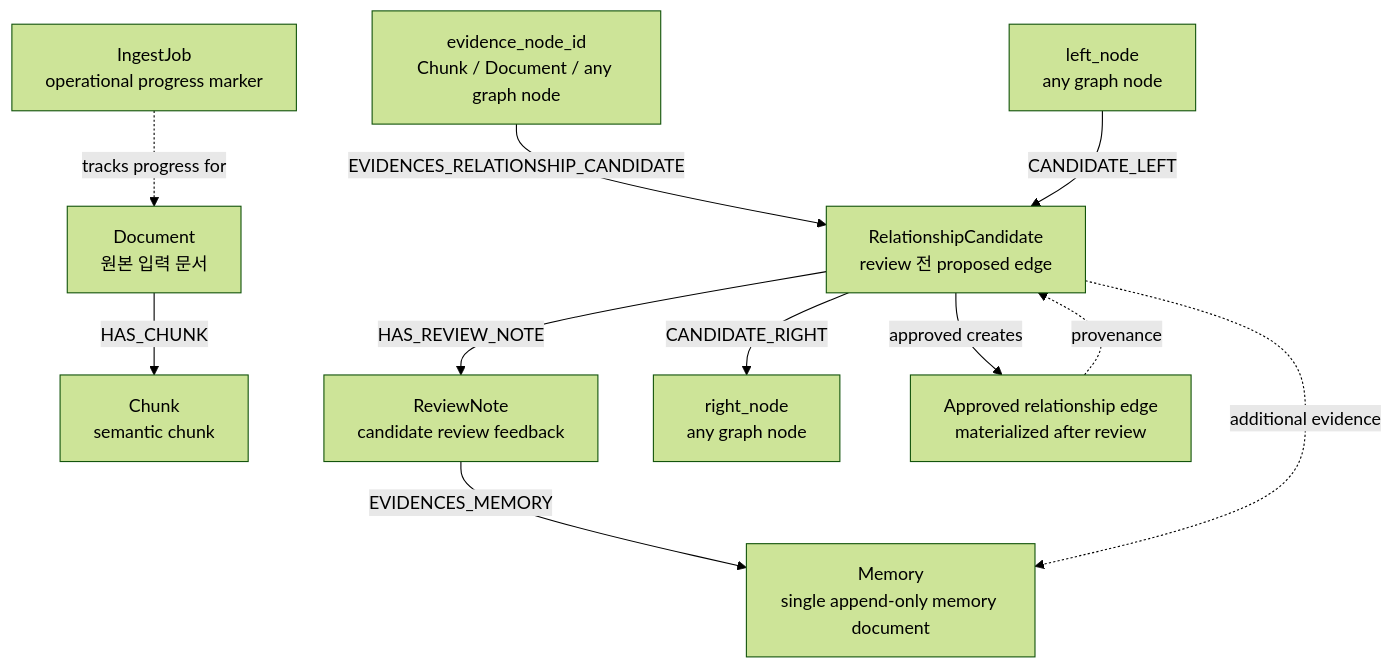
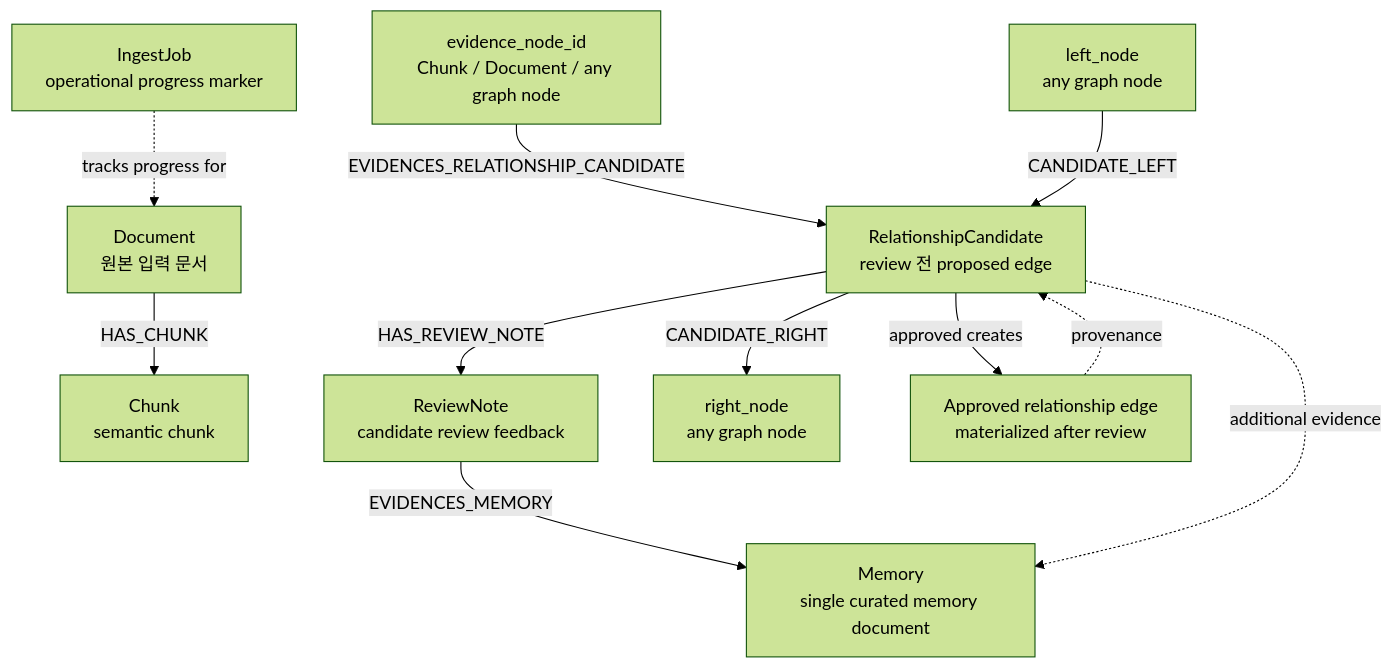
One commit to vosnuev/elderly-legal-rag changed the diagram in rag/be/src/query/schema/README.md. Above: the diagram before and after it, drawn with Mermaid (forest theme). The commit also changed other lines of this file and 76 other files, not shown here.

````diff
--- a/rag/be/src/query/schema/README.md
+++ b/rag/be/src/query/schema/README.md
@@ -44,24 +44,24 @@
 ```mermaid
 flowchart TD
     Document["Document<br/>원본 입력 문서"]
     Chunk["Chunk<br/>semantic chunk"]
     Candidate["RelationshipCandidate<br/>review 전 proposed edge"]
     ReviewNote["ReviewNote<br/>candidate review feedback"]
-    Memory["Memory<br/>single append-only memory document"]
+    Memory["Memory<br/>single curated memory document"]
     IngestJob["IngestJob<br/>operational progress marker"]
     Left["left_node<br/>any graph node"]
     Right["right_node<br/>any graph node"]
     Evidence["evidence_node_id<br/>Chunk / Document / any graph node"]
     Edge["Approved relationship edge<br/>materialized after review"]
 
     Document -->|HAS_CHUNK| Chunk
     Evidence -->|EVIDENCES_RELATIONSHIP_CANDIDATE| Candidate
     Left -->|CANDIDATE_LEFT| Candidate
     Candidate -->|CANDIDATE_RIGHT| Right
     Candidate -->|HAS_REVIEW_NOTE| ReviewNote
     ReviewNote -->|EVIDENCES_MEMORY| Memory
     Candidate -. additional evidence .-> Memory
     Candidate -->|approved creates| Edge
     Edge -. provenance .-> Candidate
     IngestJob -. tracks progress for .-> Document
 ```
````
